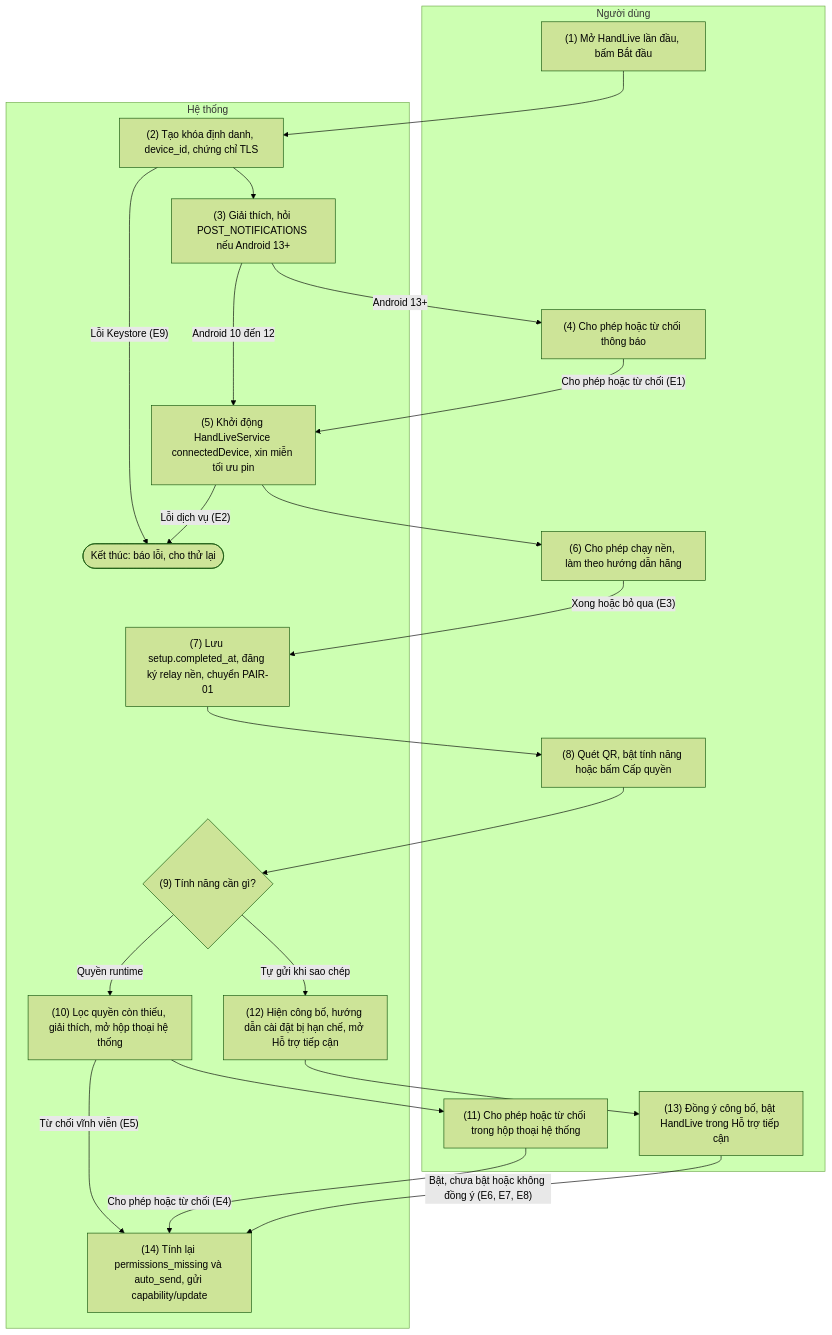
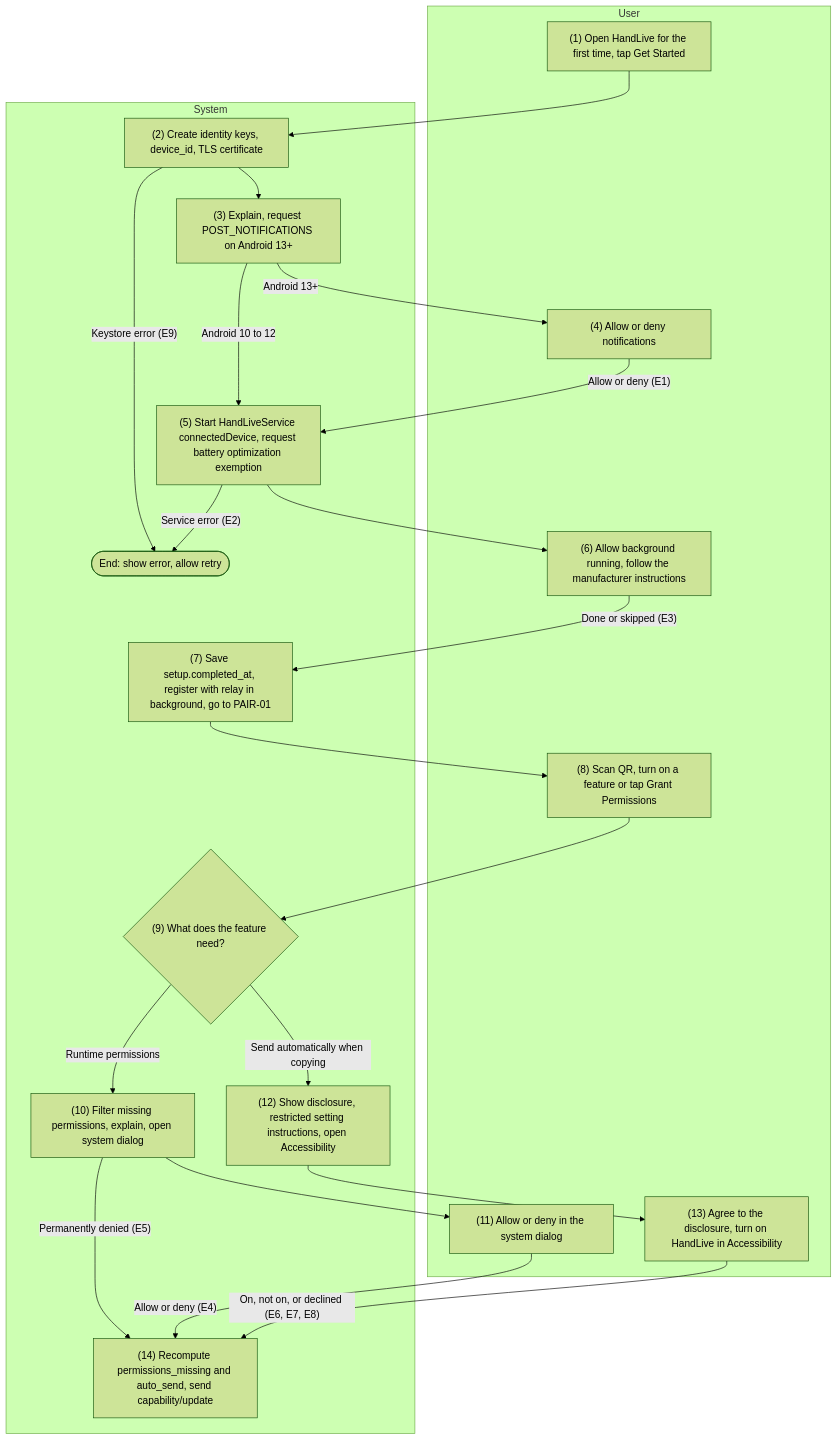
One commit to HandLive/handlive changed the first of 3 diagrams in docs/detailed-design/01-setup-settings.md. Above: the diagram before and after it, drawn with Mermaid (forest theme). The commit also changed other lines of this file and 1 other file, not shown here.

Commit message:
docs: translate docs/detailed-design/01-setup-settings.md into English

````diff
--- a/docs/detailed-design/01-setup-settings.md
+++ b/docs/detailed-design/01-setup-settings.md
@@ -53,37 +56,37 @@
 ```mermaid
 flowchart TB
-  subgraph ND["Người dùng"]
-    U1["(1) Mở HandLive lần đầu, bấm Bắt đầu"]
-    U4["(4) Cho phép hoặc từ chối thông báo"]
-    U6["(6) Cho phép chạy nền, làm theo hướng dẫn hãng"]
-    U8["(8) Quét QR, bật tính năng hoặc bấm Cấp quyền"]
-    U11["(11) Cho phép hoặc từ chối trong hộp thoại hệ thống"]
-    U13["(13) Đồng ý công bố, bật HandLive trong Hỗ trợ tiếp cận"]
+  subgraph ND["User"]
+    U1["(1) Open HandLive for the first time, tap Get Started"]
+    U4["(4) Allow or deny notifications"]
+    U6["(6) Allow background running, follow the manufacturer instructions"]
+    U8["(8) Scan QR, turn on a feature or tap Grant Permissions"]
+    U11["(11) Allow or deny in the system dialog"]
+    U13["(13) Agree to the disclosure, turn on HandLive in Accessibility"]
   end
-  subgraph HT["Hệ thống"]
-    S2["(2) Tạo khóa định danh, device_id, chứng chỉ TLS"]
-    S3["(3) Giải thích, hỏi POST_NOTIFICATIONS nếu Android 13+"]
-    S5["(5) Khởi động HandLiveService connectedDevice, xin miễn tối ưu pin"]
-    S7["(7) Lưu setup.completed_at, đăng ký relay nền, chuyển PAIR-01"]
-    D9{"(9) Tính năng cần gì?"}
-    S10["(10) Lọc quyền còn thiếu, giải thích, mở hộp thoại hệ thống"]
-    S12["(12) Hiện công bố, hướng dẫn cài đặt bị hạn chế, mở Hỗ trợ tiếp cận"]
-    S14["(14) Tính lại permissions_missing và auto_send, gửi capability/update"]
-    X1(["Kết thúc: báo lỗi, cho thử lại"])
+  subgraph HT["System"]
+    S2["(2) Create identity keys, device_id, TLS certificate"]
+    S3["(3) Explain, request POST_NOTIFICATIONS on Android 13+"]
+    S5["(5) Start HandLiveService connectedDevice, request battery optimization exemption"]
+    S7["(7) Save setup.completed_at, register with relay in background, go to PAIR-01"]
+    D9{"(9) What does the feature need?"}
+    S10["(10) Filter missing permissions, explain, open system dialog"]
+    S12["(12) Show disclosure, restricted setting instructions, open Accessibility"]
+    S14["(14) Recompute permissions_missing and auto_send, send capability/update"]
+    X1(["End: show error, allow retry"])
   end
   U1 --> S2
-  S2 -- "Lỗi Keystore (E9)" --> X1
+  S2 -- "Keystore error (E9)" --> X1
   S2 --> S3
   S3 -- "Android 13+" --> U4
-  S3 -- "Android 10 đến 12" --> S5
-  U4 -- "Cho phép hoặc từ chối (E1)" --> S5
-  S5 -- "Lỗi dịch vụ (E2)" --> X1
+  S3 -- "Android 10 to 12" --> S5
+  U4 -- "Allow or deny (E1)" --> S5
+  S5 -- "Service error (E2)" --> X1
   S5 --> U6
-  U6 -- "Xong hoặc bỏ qua (E3)" --> S7
+  U6 -- "Done or skipped (E3)" --> S7
   S7 --> U8 --> D9
-  D9 -- "Quyền runtime" --> S10 --> U11
-  S10 -- "Từ chối vĩnh viễn (E5)" --> S14
-  U11 -- "Cho phép hoặc từ chối (E4)" --> S14
-  D9 -- "Tự gửi khi sao chép" --> S12 --> U13
-  U13 -- "Bật, chưa bật hoặc không đồng ý (E6, E7, E8)" --> S14
+  D9 -- "Runtime permissions" --> S10 --> U11
+  S10 -- "Permanently denied (E5)" --> S14
+  U11 -- "Allow or deny (E4)" --> S14
+  D9 -- "Send automatically when copying" --> S12 --> U13
+  U13 -- "On, not on, or declined (E6, E7, E8)" --> S14
 ```
````
